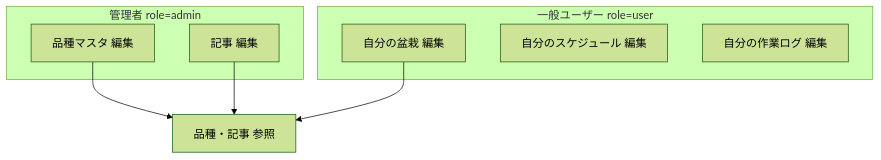
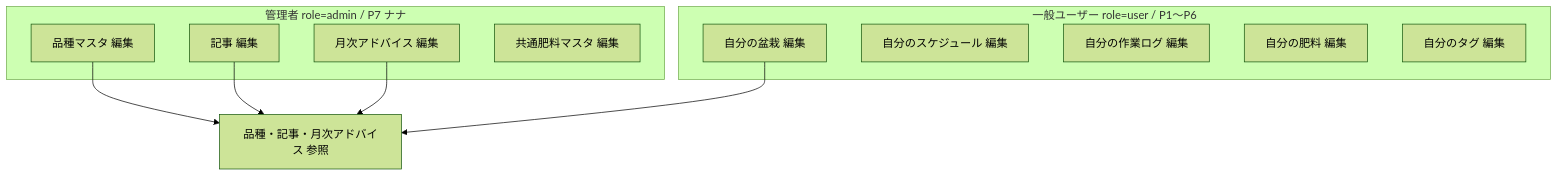
One commit to KF-5892/bonsai-management changed the fifth of 9 diagrams in docs/アーキテクチャ図.md. Above: the diagram before and after it, drawn with Mermaid (forest theme). The commit also changed other lines of this file and 6 other files, not shown here.

````diff
--- a/docs/アーキテクチャ図.md
+++ b/docs/アーキテクチャ図.md
@@ -62,15 +157,20 @@
 ```mermaid
 flowchart TB
-    subgraph admin [管理者 role=admin]
+    subgraph admin [管理者 role=admin / P7 ナナ]
         AdminSpecies[品種マスタ 編集]
         AdminArticles[記事 編集]
+        AdminMonthlyAdvice[月次アドバイス 編集]
+        AdminFertilizers[共通肥料マスタ 編集]
     end
-    subgraph user [一般ユーザー role=user]
+    subgraph user [一般ユーザー role=user / P1〜P6]
         UserBonsai[自分の盆栽 編集]
         UserSchedule[自分のスケジュール 編集]
         UserLog[自分の作業ログ 編集]
+        UserFertilizer[自分の肥料 編集]
+        UserTag[自分のタグ 編集]
     end
-    AdminSpecies --> ReadOnly[品種・記事 参照]
+    AdminSpecies --> ReadOnly[品種・記事・月次アドバイス 参照]
     AdminArticles --> ReadOnly
+    AdminMonthlyAdvice --> ReadOnly
     UserBonsai --> ReadOnly
 ```
````
